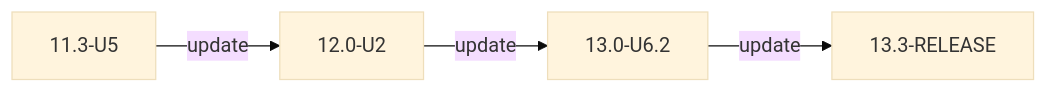
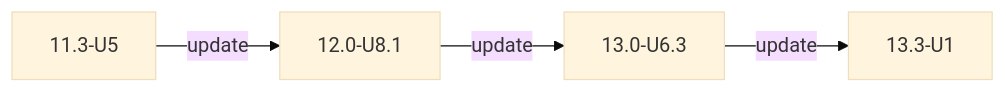
Before and after one commit to truenas/documentation: the first of 2 diagrams in static/includes/COREUpgradePaths.md, drawn with Mermaid (base theme). The commit also changed other lines of this file and 3 other files, not shown here.

```diff
--- a/static/includes/COREUpgradePaths.md
+++ b/static/includes/COREUpgradePaths.md
@@ -12,6 +12,6 @@
       {{< mermaid class="mermaid_sizing" >}}
       flowchart LR
-      A["11.3-U5"] -->|update| B["12.0-U2"]
-      B -->|update| C["13.0-U6.2"]
-      C -->|update| D["13.3-RELEASE"]
+      A["11.3-U5"] -->|update| B["12.0-U8.1"]
+      B -->|update| C["13.0-U6.3"]
+      C -->|update| D["13.3-U1"]
       {{< /mermaid >}}
```
